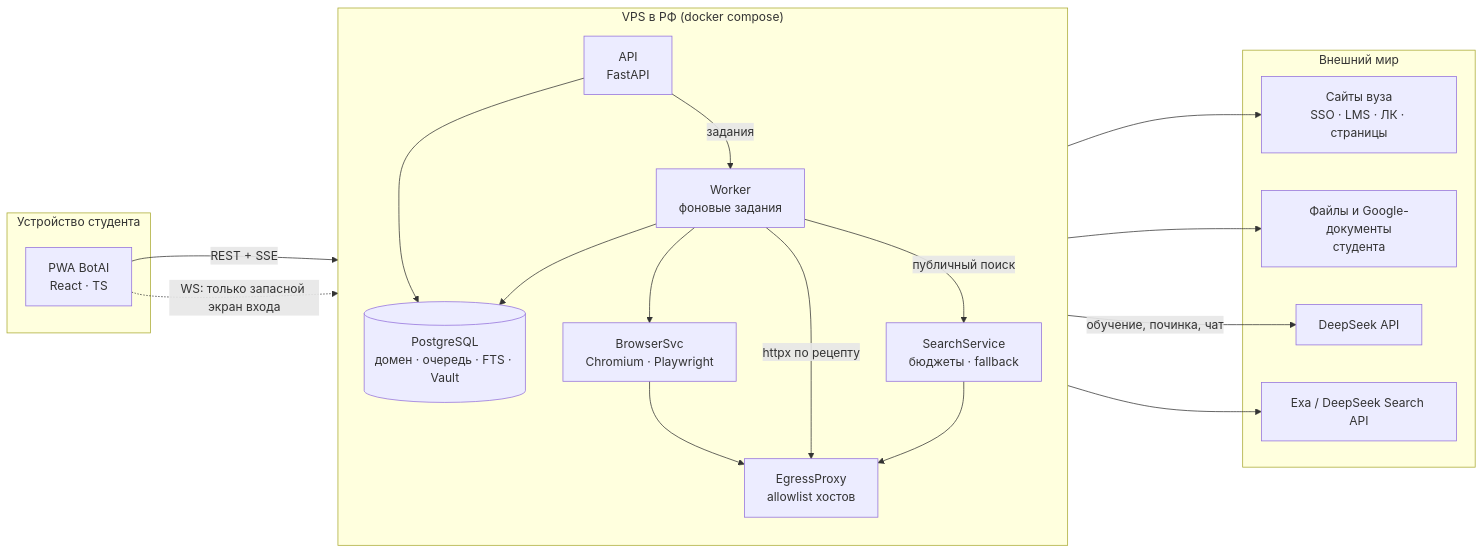
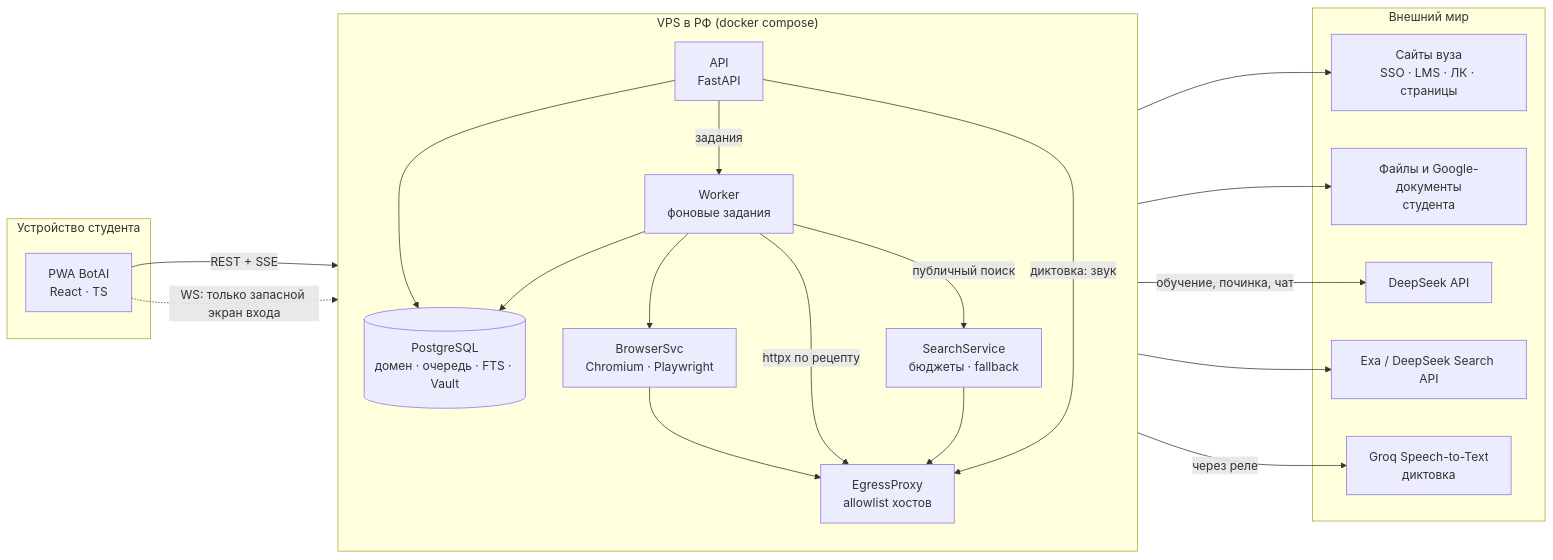
One commit to MattoYuzuru/Botai changed the first of 6 diagrams in docs/architecture/hld.md. Above: the diagram before and after it, drawn with Mermaid. The commit also changed other lines of this file and 27 other files, not shown here.

````diff
--- a/docs/architecture/hld.md
+++ b/docs/architecture/hld.md
@@ -12,38 +12,41 @@
 ```mermaid
 flowchart LR
     subgraph Device["Устройство студента"]
         PWA["PWA BotAI<br/>React · TS"]
     end
 
     subgraph VPS["VPS в РФ (docker compose)"]
         direction TB
         API["API<br/>FastAPI"]
         Worker["Worker<br/>фоновые задания"]
         Browser["BrowserSvc<br/>Chromium · Playwright"]
         Proxy["EgressProxy<br/>allowlist хостов"]
         PG[("PostgreSQL<br/>домен · очередь · FTS · Vault")]
         Search["SearchService<br/>бюджеты · fallback"]
     end
 
     subgraph Outside["Внешний мир"]
         Uni["Сайты вуза<br/>SSO · LMS · ЛК · страницы"]
         Docs["Файлы и Google-документы<br/>студента"]
         LLM["DeepSeek API"]
         SearchAPI["Exa / DeepSeek Search API"]
+        STT["Groq Speech-to-Text<br/>диктовка"]
     end
 
     PWA -- "REST + SSE" --> API
     PWA -. "WS: только запасной экран входа" .-> Browser
     API --> PG
     Worker --> PG
     API -- "задания" --> Worker
     Worker --> Browser
     Browser --> Proxy
     Worker -- "httpx по рецепту" --> Proxy
     Proxy --> Uni
     Proxy --> Docs
     Worker -- "обучение, починка, чат" --> LLM
     Worker -- "публичный поиск" --> Search
     Search --> Proxy
     Proxy --> SearchAPI
+    API -- "диктовка: звук" --> Proxy
+    Proxy -- "через реле" --> STT
 ```
````
